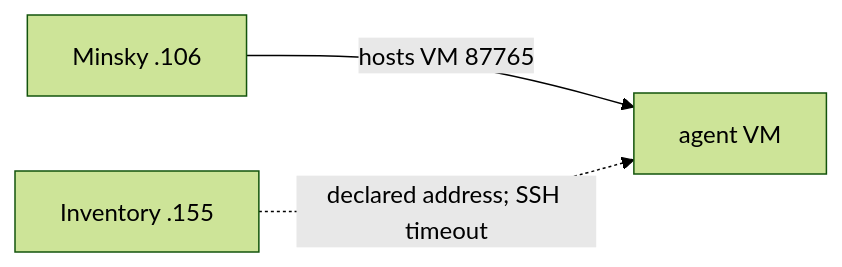
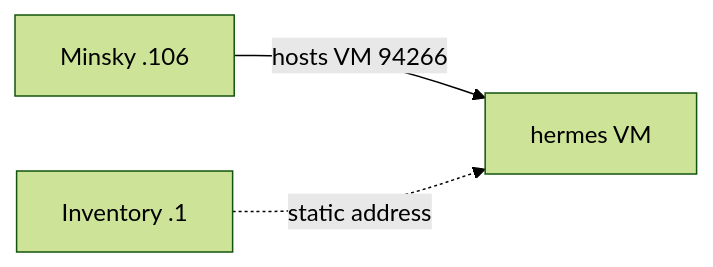
Before and after one commit to 211lab/atlas: the seventh of 8 diagrams in docs/architecture/placement.md, drawn with Mermaid (forest theme). The commit also changed other lines of this file and 11 other files, not shown here.

First line of the commit message:
feat(ansible): replace agent guest with hermes on Minsky

````diff
--- a/docs/architecture/placement.md
+++ b/docs/architecture/placement.md
@@ -67,5 +67,5 @@
 ```mermaid
 flowchart LR
-    M["Minsky .106"] -->|hosts VM 87765| A["agent VM"]
-    I["Inventory .155"] -.->|declared address; SSH timeout| A
+    M["Minsky .106"] -->|hosts VM 94266| A["hermes VM"]
+    I["Inventory .1"] -.->|static address| A
 ```
````
